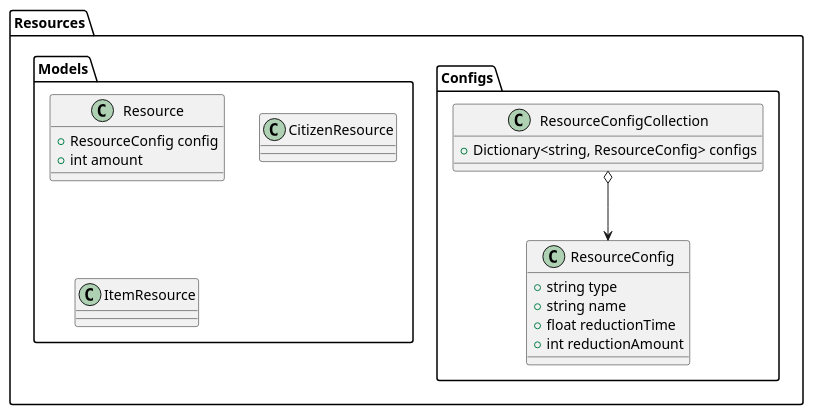
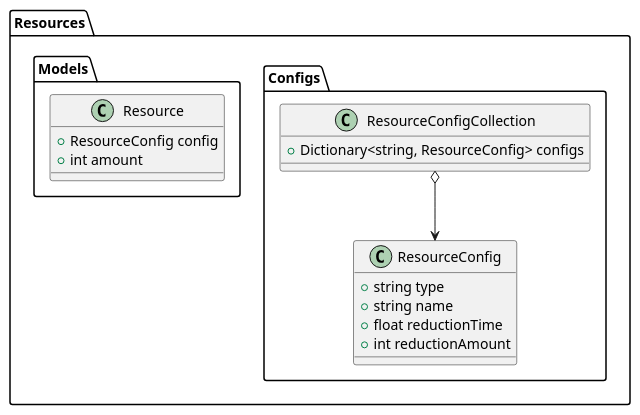
Before and after one commit to minusrep/Pivo-UML: the diagram in Colony/Resources.puml, drawn with PlantUML. The commit also changed 4 other files, not shown here.

```diff
--- a/Colony/Resources.puml
+++ b/Colony/Resources.puml
@@ -1,40 +1,33 @@
 @startuml
 
 package "Resources" 
 {
     package "Configs"
     {
         class ResourceConfigCollection
         {
             +Dictionary<string, ResourceConfig> configs
         }
             
         class ResourceConfig 
         {
             +string type
             +string name
             +float reductionTime
             +int reductionAmount
         }
 
         ResourceConfigCollection o--> ResourceConfig 
     }
 
     package "Models"
     {
         class Resource
         {
             +ResourceConfig config
             +int amount
         }
-        
-        class CitizenResource {
-        
-        }
-        
-        class ItemResource {
-        }
     }
 }
 
 @enduml
```
